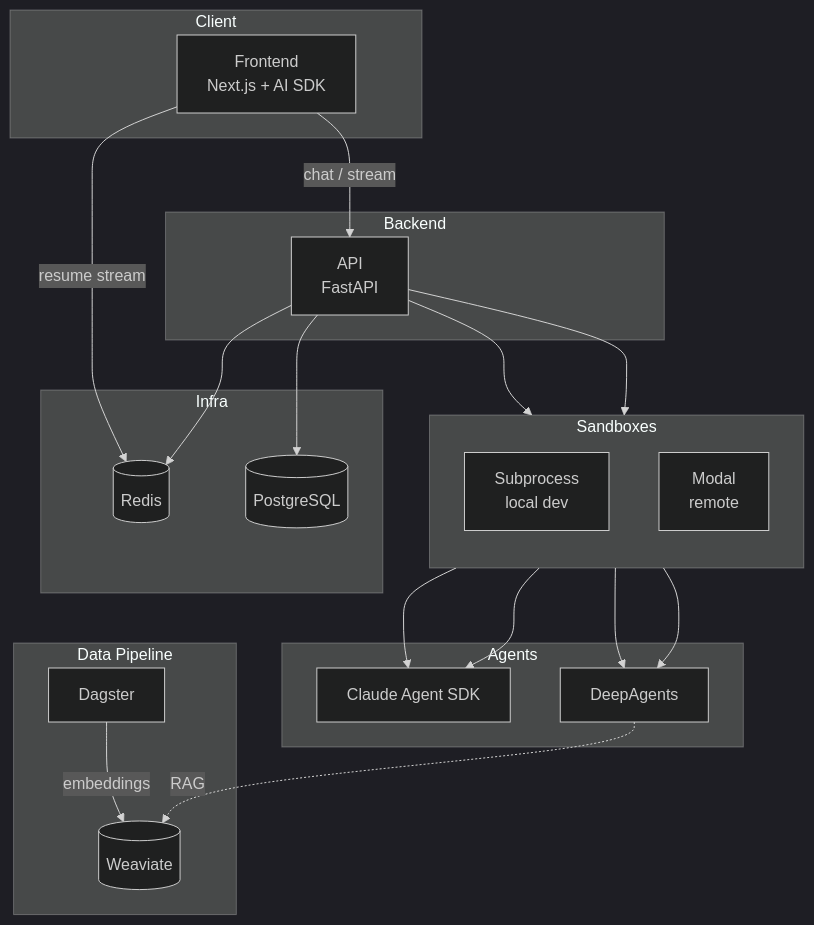
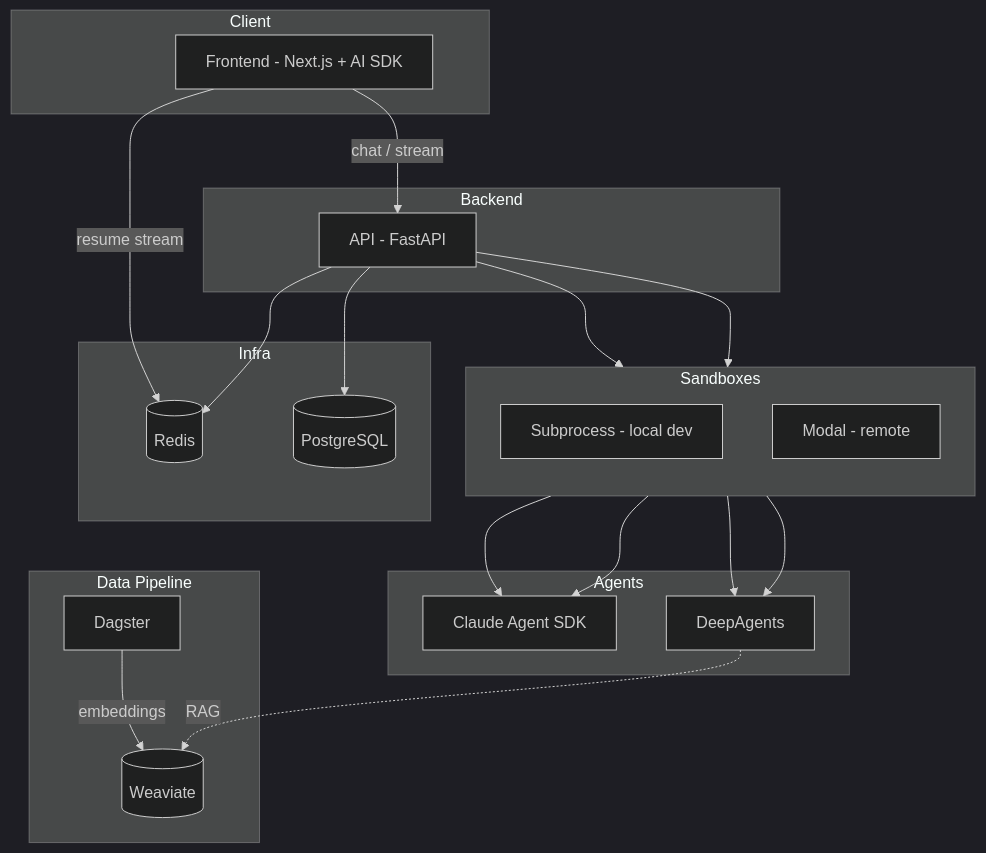
The diagram in README.md (pedromspeixoto/mobox), drawn with Mermaid (dark theme) before and after one commit. The commit also changed other lines of this file and 1 other file, not shown here.

Commit message:
fix(docs): beautify readme

````diff
--- a/README.md
+++ b/README.md
@@ -19,44 +20,44 @@
 ```mermaid
 flowchart TB
     subgraph Client["Client"]
-        FE[Frontend\nNext.js + AI SDK]
+        FE[Frontend - Next.js + AI SDK]
     end
 
     subgraph Backend["Backend"]
-        API[API\nFastAPI]
+        API[API - FastAPI]
     end
 
     subgraph Sandboxes["Sandboxes"]
         direction TB
-        SUB[Subprocess\nlocal dev]
-        MODAL[Modal\nremote]
+        SUB[Subprocess - local dev]
+        MODAL[Modal - remote]
     end
 
     subgraph Agents["Agents"]
         CLAUDE[Claude Agent SDK]
         DEEP[DeepAgents]
     end
 
     subgraph Data["Data Pipeline"]
         DAGSTER[Dagster]
         WEAVIATE[(Weaviate)]
     end
 
     subgraph Infra["Infra"]
         REDIS[(Redis)]
         PG[(PostgreSQL)]
     end
 
     FE -->|chat / stream| API
     API --> SUB
     API --> MODAL
     SUB --> CLAUDE
     SUB --> DEEP
     MODAL --> CLAUDE
     MODAL --> DEEP
     DAGSTER -->|embeddings| WEAVIATE
     DEEP -.->|RAG| WEAVIATE
     API --> PG
     FE -->|resume stream| REDIS
     API --> REDIS
 ```
````
